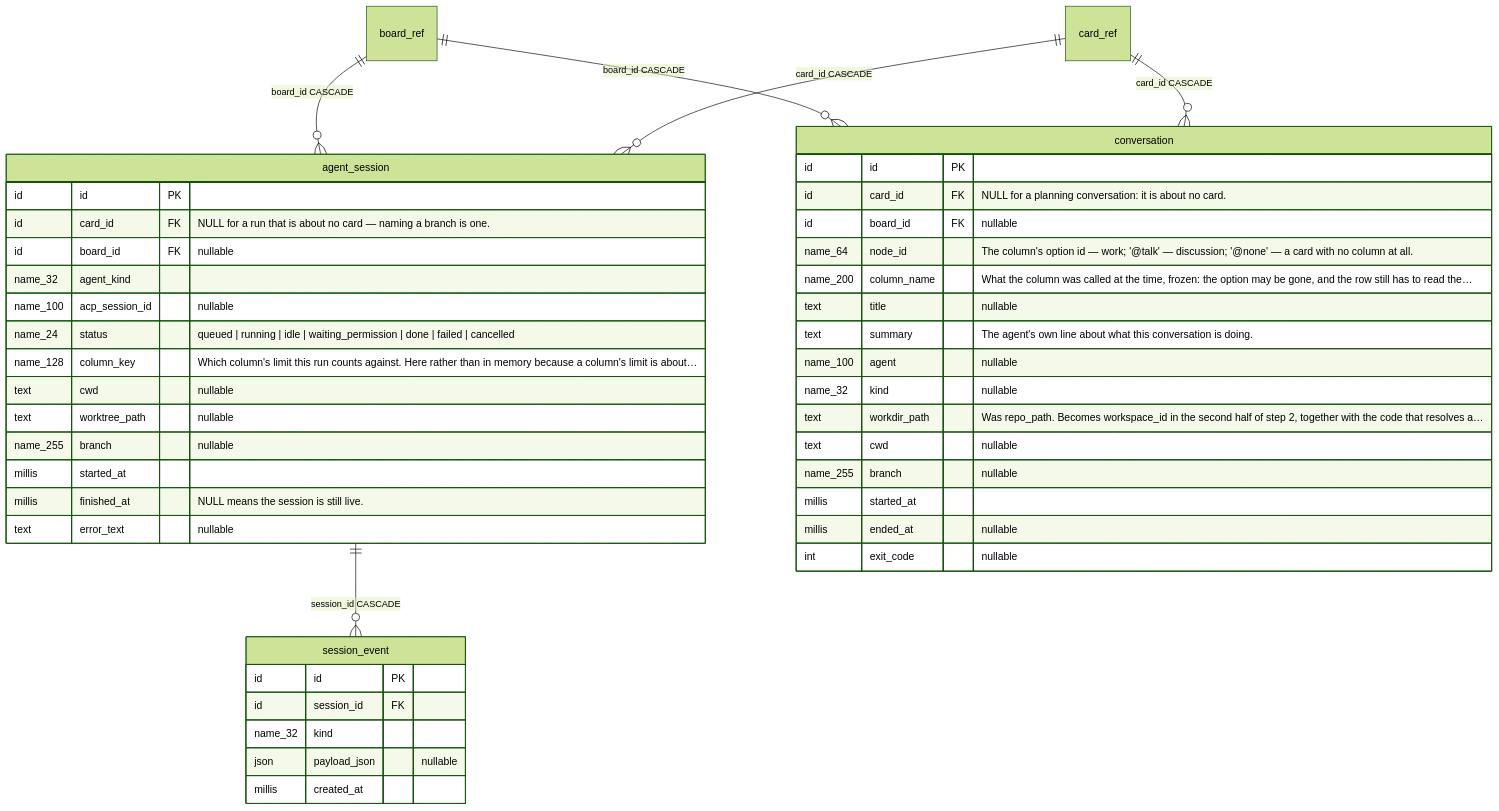
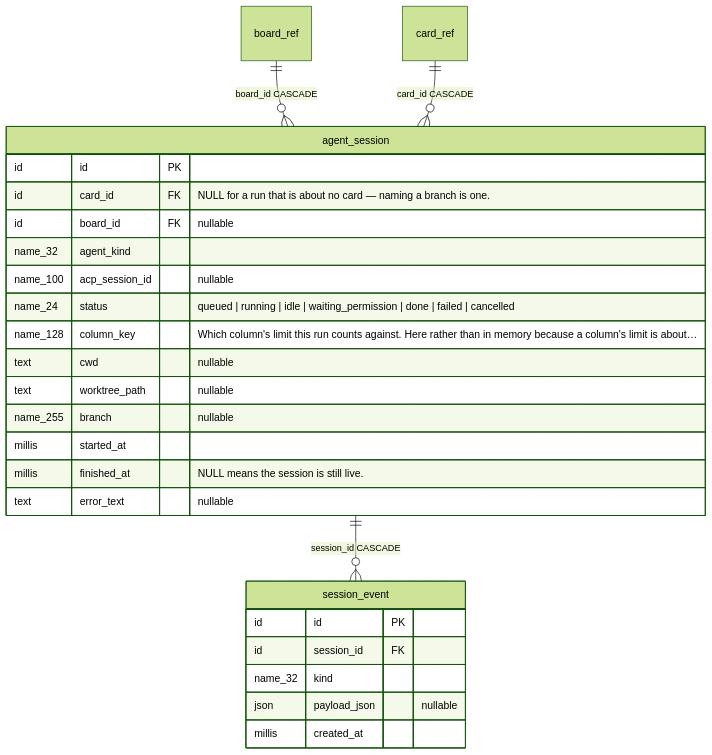
The fifth of 10 diagrams in docs/schema/erd.md (artipop/pourquoipas), drawn with Mermaid (forest theme) before and after one commit. The commit also changed other lines of this file and 216 other files, not shown here.

````diff
--- a/docs/schema/erd.md
+++ b/docs/schema/erd.md
@@ -350,48 +348,29 @@
 ```mermaid
 erDiagram
     agent_session ||--o{ session_event : "session_id CASCADE"
     board_ref ||--o{ agent_session : "board_id CASCADE"
-    board_ref ||--o{ conversation : "board_id CASCADE"
     card_ref ||--o{ agent_session : "card_id CASCADE"
-    card_ref ||--o{ conversation : "card_id CASCADE"
 
-    conversation {
-        id id PK
-        id card_id FK "NULL for a planning conversation: it is about no card."
-        id board_id FK "nullable"
-        name_64 node_id "The column's option id — work; '@talk' — discussion; '@none' — a card with no column at all."
-        name_200 column_name "What the column was called at the time, frozen: the option may be gone, and the row still has to read the…"
-        text title "nullable"
-        text summary "The agent's own line about what this conversation is doing."
-        name_100 agent "nullable"
-        name_32 kind "nullable"
-        text workdir_path "Was repo_path. Becomes workspace_id in the second half of step 2, together with the code that resolves a…"
-        text cwd "nullable"
-        name_255 branch "nullable"
-        millis started_at
-        millis ended_at "nullable"
-        int exit_code "nullable"
-    }
     agent_session {
         id id PK
         id card_id FK "NULL for a run that is about no card — naming a branch is one."
         id board_id FK "nullable"
         name_32 agent_kind
         name_100 acp_session_id "nullable"
         name_24 status "queued | running | idle | waiting_permission | done | failed | cancelled"
         name_128 column_key "Which column's limit this run counts against. Here rather than in memory because a column's limit is about…"
         text cwd "nullable"
         text worktree_path "nullable"
         name_255 branch "nullable"
         millis started_at
         millis finished_at "NULL means the session is still live."
         text error_text "nullable"
     }
     session_event {
         id id PK
         id session_id FK
         name_32 kind
         json payload_json "nullable"
         millis created_at
     }
 ```
````
